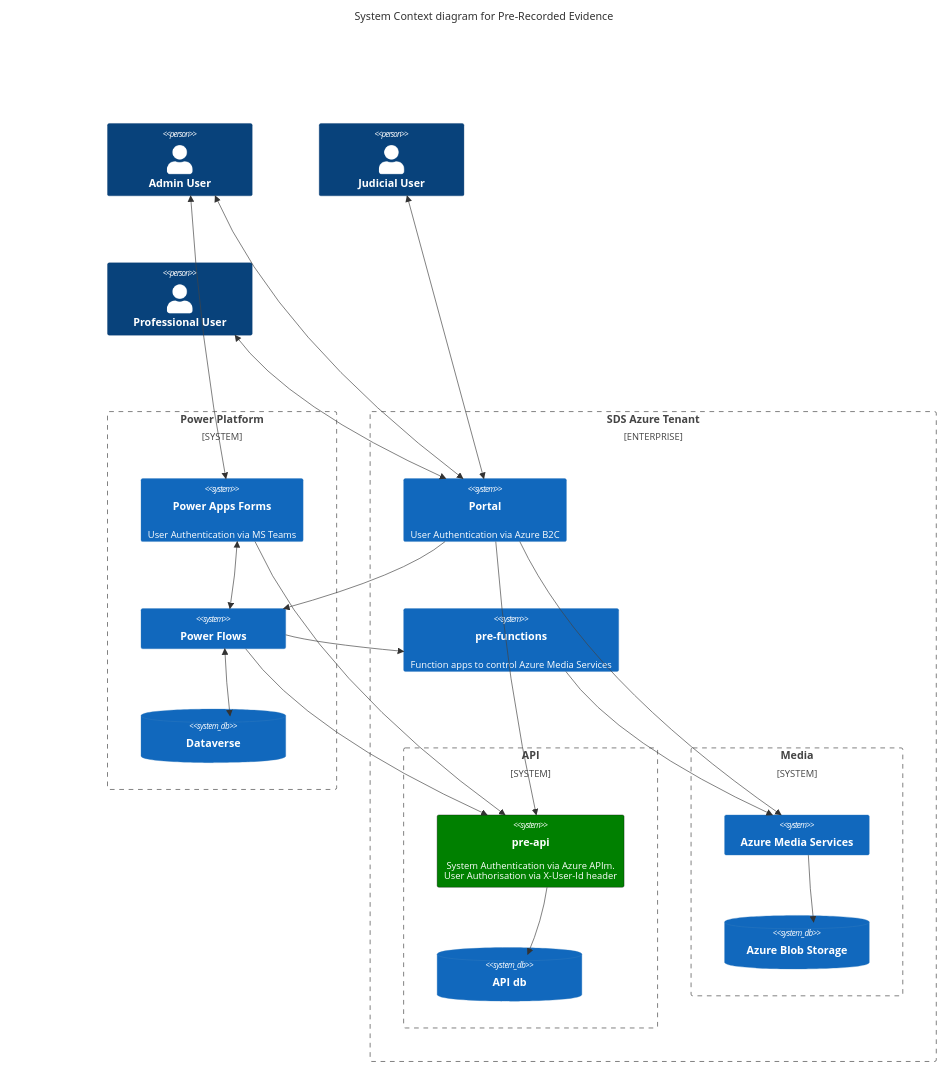
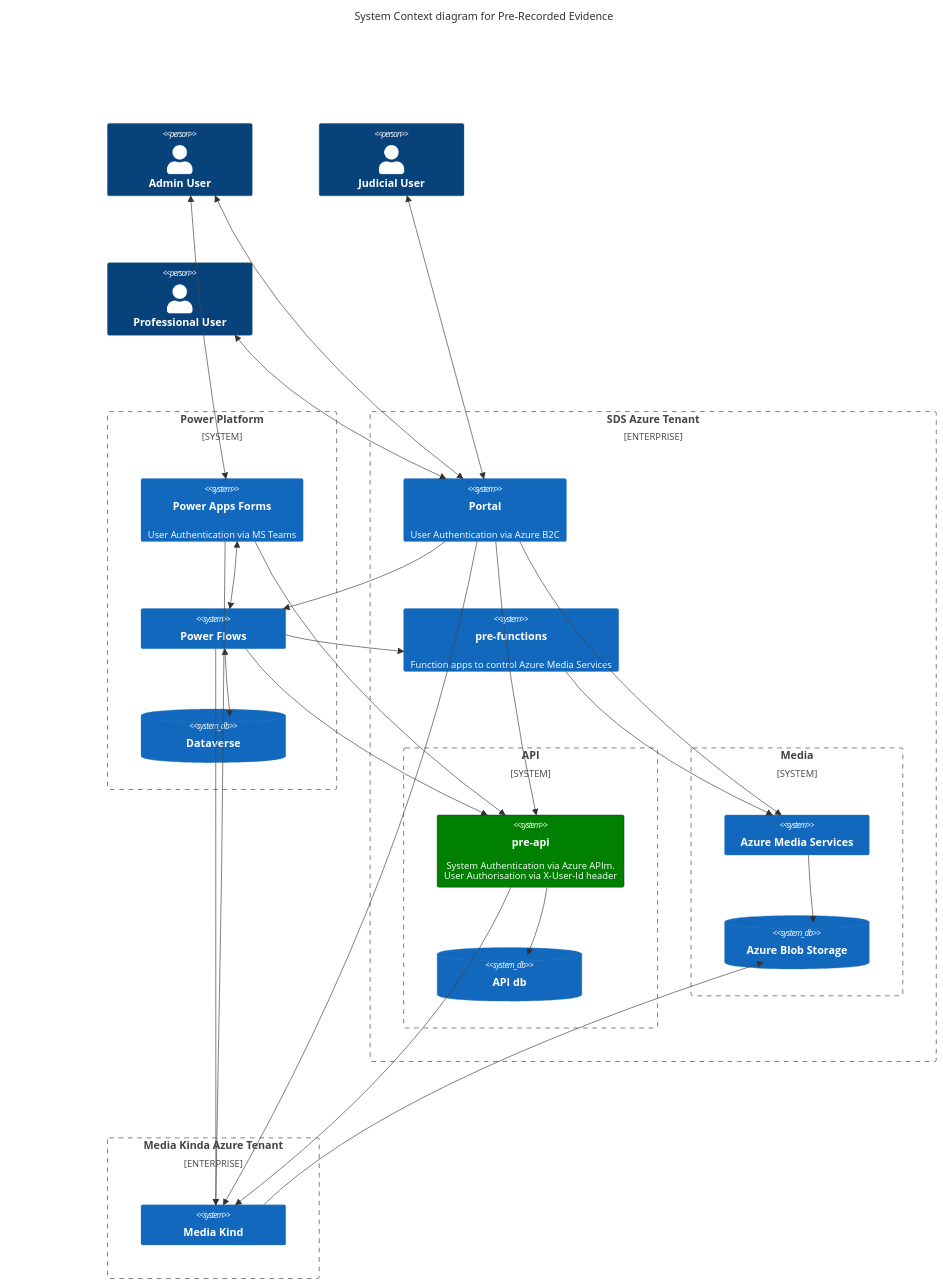
Before and after one commit to hmcts/pre-api: the diagram in README.md, drawn with Mermaid.

Commit message:
Update Readme diagram with MK

````diff
--- a/README.md
+++ b/README.md
@@ -15,51 +15,61 @@
 ```mermaid
     C4Context
       title System Context diagram for Pre-Recorded Evidence
 
       Person(adminUser, "Admin User", "")
       Person(judicialUser, "Judicial User", "")
       Person(professionalUser, "Professional User", "")
 
 
       System_Boundary(PowerPlatform, "Power Platform") {
         System(PowerApps, "Power Apps Forms", "User Authentication via MS Teams")
         System(PowerFlows, "Power Flows", "")
         SystemDb(Dataverse, "Dataverse", "")
       }
 
       Enterprise_Boundary(a0, "SDS Azure Tenant",) {
         System(Portal, "Portal", "User Authentication via Azure B2C")
 
         System(function, "pre-functions", "Function apps to control Azure Media Services")
 
         System_Boundary(api, "API") {
             System(api, "pre-api", "System Authentication via Azure APIm.<br/>User Authorisation via X-User-Id header")
             SystemDb(db, "API db")
         }
 
         System_Boundary(media, "Media") {
             System(ams, "Azure Media Services")
             SystemDb(blob, "Azure Blob Storage")
         }
 
       }
 
+      Enterprise_Boundary(a1, "Media Kinda Azure Tenant",) {
+        System(mk, "Media Kind")
+      }
+
       BiRel(judicialUser, Portal, "")
       BiRel(adminUser, Portal, "")
       BiRel(adminUser, PowerApps, "")
       BiRel(professionalUser, Portal, "")
       BiRel(PowerApps, PowerFlows, "")
       Rel(Portal, PowerFlows, "")
       Rel(Portal, ams, "")
       Rel(Portal, api, "")
       BiRel(PowerFlows, Dataverse, "")
       Rel(PowerApps, api, "")
       Rel(PowerFlows, api, "")
       Rel(PowerFlows, function, "")
       Rel(api, db, "")
       Rel(ams, blob, "")
       Rel(function, ams, "")
+
+      Rel(Portal, mk, "")
+      Rel(PowerApps, mk, "")
+      Rel(PowerFlows, mk, "")
+      Rel(api, mk, "")
+      Rel(mk, blob, "")
       UpdateElementStyle(api,  $bgColor="green", $borderColor="black")
       UpdateElementStyle(PowerPlatform)
       UpdateLayoutConfig($c4ShapeInRow="3", $c4BoundaryInRow="1")
 ```
````
